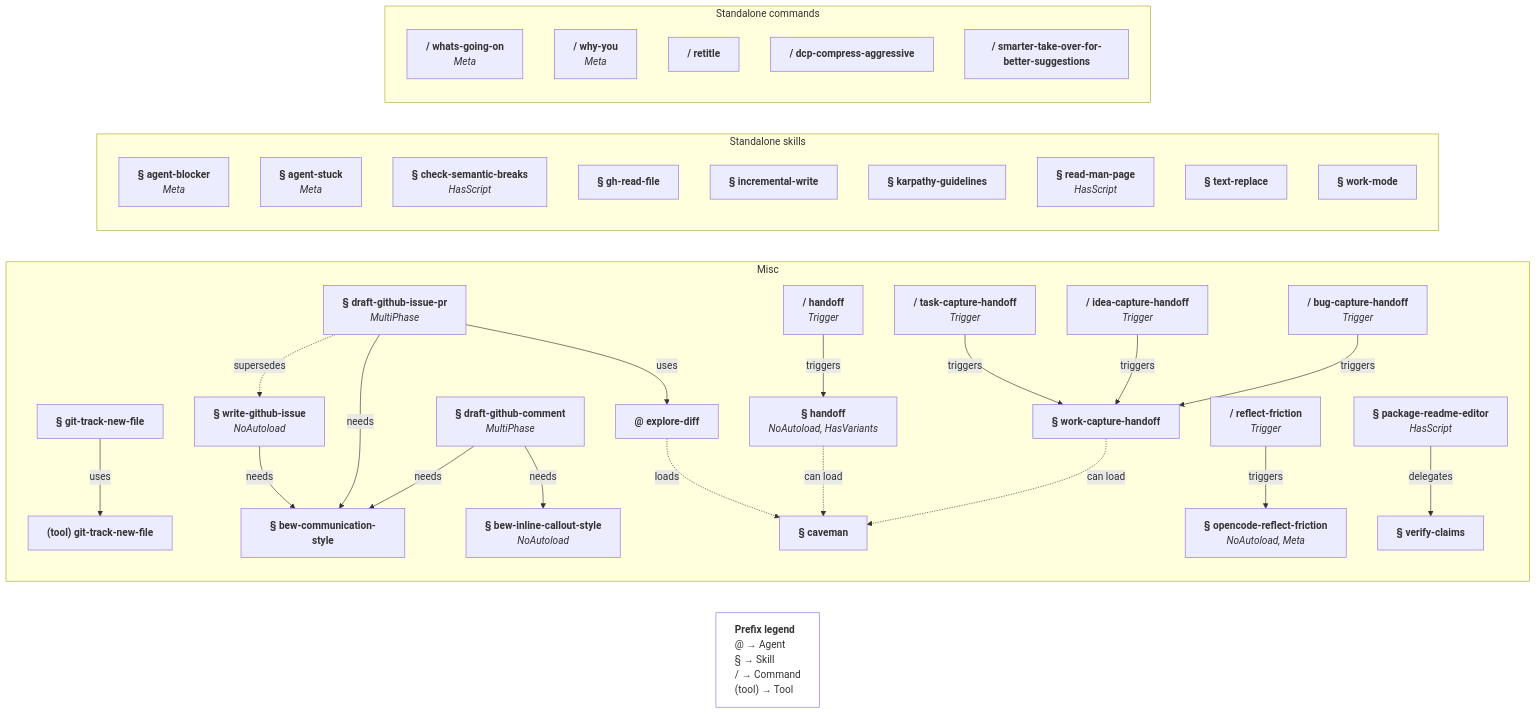
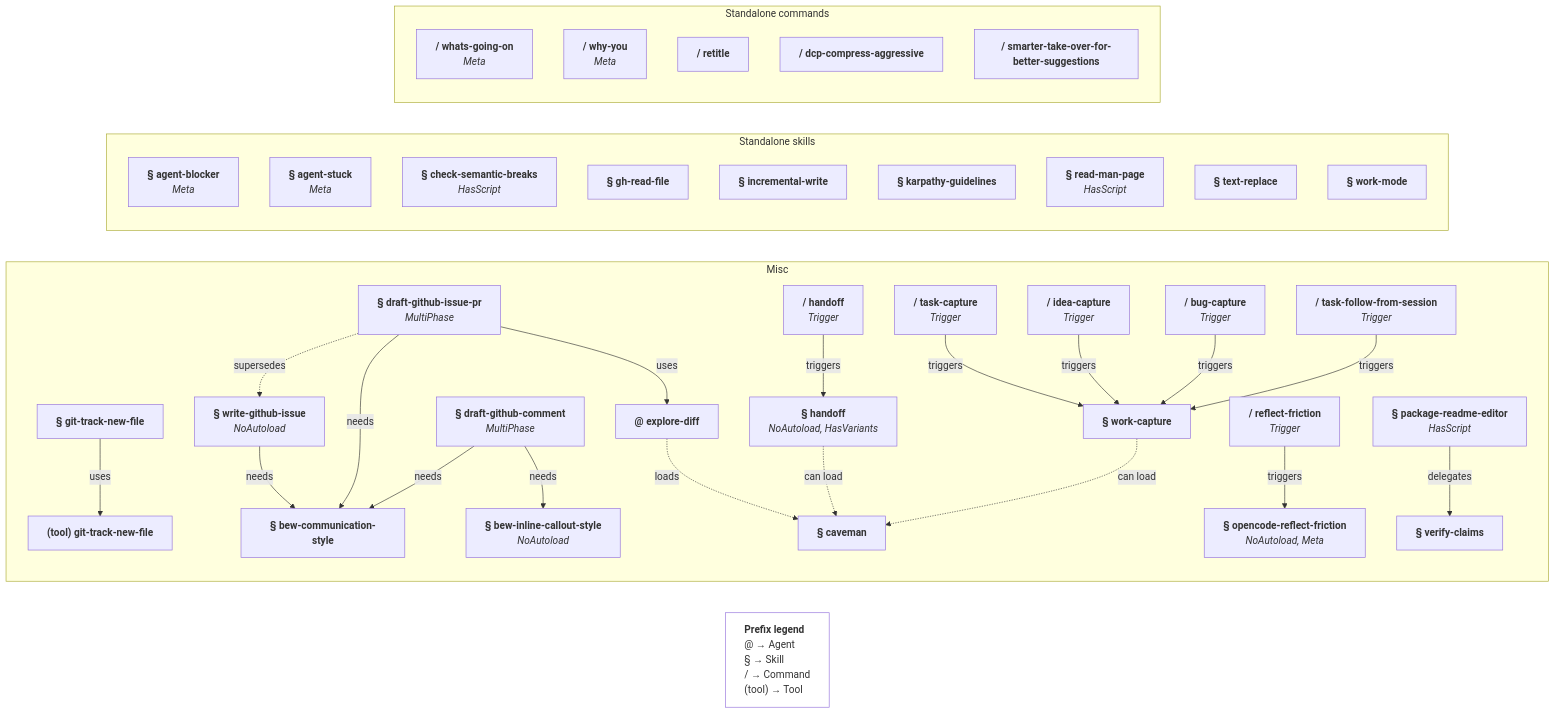
The second of 2 diagrams in opencode/MY_AI_STUFF.md (bew/dotfiles), drawn with Mermaid before and after one commit. The commit also changed other lines of this file and 13 other files, not shown here.

First line of the commit message:
oc(work-capture): Add optional follow mode / drop `-handoff` suffix

````diff
--- a/opencode/MY_AI_STUFF.md
+++ b/opencode/MY_AI_STUFF.md
@@ -117,64 +117,66 @@
 ```mermaid
 flowchart LR
   %% explore-diff is duplicated from the complex graph; it is not part of any group.
   ag_explore_diff["<b>@ explore-diff</b>"]
   legend["<b>Prefix legend</b><br/>@ → Agent<br/>§ → Skill<br/>/ → Command<br/>(tool) → Tool"]
   style legend text-align:left,fill:none
 
   subgraph misc[Misc]
     sk_handoff["<b>§ handoff</b><br/><i>NoAutoload, HasVariants</i>"]
-    sk_work_capture["<b>§ work-capture-handoff</b>"]
+    sk_work_capture["<b>§ work-capture</b>"]
     sk_git_track_skill["<b>§ git-track-new-file</b>"]
     tool_git_track["<b>(tool) git-track-new-file</b>"]
     sk_github_issue["<b>§ write-github-issue</b><br/><i>NoAutoload</i>"]
     sk_draft_gh["<b>§ draft-github-issue-pr</b><br/><i>MultiPhase</i>"]
     sk_draft_gh_comment["<b>§ draft-github-comment</b><br/><i>MultiPhase</i>"]
     sk_bew_comm_style["<b>§ bew-communication-style</b>"]
     sk_bew_callout["<b>§ bew-inline-callout-style</b><br/><i>NoAutoload</i>"]
     sk_cav["<b>§ caveman</b>"]
     sk_reflect_frict["<b>§ opencode-reflect-friction</b><br/><i>NoAutoload, Meta</i>"]
     cmd_handoff["<b>/ handoff</b><br/><i>Trigger</i>"]
     cmd_friction["<b>/ reflect-friction</b><br/><i>Trigger</i>"]
-    cmd_task_capture["<b>/ task-capture-handoff</b><br/><i>Trigger</i>"]
-    cmd_idea_capture["<b>/ idea-capture-handoff</b><br/><i>Trigger</i>"]
-    cmd_bug_capture["<b>/ bug-capture-handoff</b><br/><i>Trigger</i>"]
+    cmd_task_capture["<b>/ task-capture</b><br/><i>Trigger</i>"]
+    cmd_idea_capture["<b>/ idea-capture</b><br/><i>Trigger</i>"]
+    cmd_bug_capture["<b>/ bug-capture</b><br/><i>Trigger</i>"]
+    cmd_task_follow["<b>/ task-follow-from-session</b><br/><i>Trigger</i>"]
     sk_readme_editor["<b>§ package-readme-editor</b><br/><i>HasScript</i>"]
     sk_verify_claims["<b>§ verify-claims</b>"]
     sk_git_track_skill -->|uses| tool_git_track
     sk_github_issue -->|needs| sk_bew_comm_style
     sk_draft_gh -->|needs| sk_bew_comm_style
     sk_draft_gh -->|uses| ag_explore_diff
     sk_draft_gh_comment -->|needs| sk_bew_comm_style
     sk_draft_gh_comment -->|needs| sk_bew_callout
     sk_draft_gh -. supersedes .-> sk_github_issue
     ag_explore_diff -. loads .-> sk_cav
     sk_handoff -. can load .-> sk_cav
     sk_work_capture -. can load .-> sk_cav
     cmd_handoff -->|triggers| sk_handoff
     cmd_friction -->|triggers| sk_reflect_frict
     cmd_task_capture -->|triggers| sk_work_capture
     cmd_idea_capture -->|triggers| sk_work_capture
     cmd_bug_capture -->|triggers| sk_work_capture
+    cmd_task_follow -->|triggers| sk_work_capture
     sk_readme_editor -->|delegates| sk_verify_claims
   end
 
   subgraph otherskills[Standalone skills]
     sk_agent_blocker["<b>§ agent-blocker</b><br/><i>Meta</i>"]
     sk_agent_stuck["<b>§ agent-stuck</b><br/><i>Meta</i>"]
     sk_check_semantic_breaks["<b>§ check-semantic-breaks</b><br/><i>HasScript</i>"]
     sk_gh_read_file["<b>§ gh-read-file</b>"]
     sk_incremental_write["<b>§ incremental-write</b>"]
     sk_karpathy["<b>§ karpathy-guidelines</b>"]
     sk_read_man_page["<b>§ read-man-page</b><br/><i>HasScript</i>"]
     sk_text_replace["<b>§ text-replace</b>"]
     sk_work_mode["<b>§ work-mode</b>"]
   end
 
   subgraph othercmds[Standalone commands]
     cmd_whats_going_on["<b>/ whats-going-on</b><br/><i>Meta</i>"]
     cmd_why_you["<b>/ why-you</b><br/><i>Meta</i>"]
     cmd_retitle["<b>/ retitle</b>"]
     cmd_dcp_aggressive["<b>/ dcp-compress-aggressive</b>"]
     cmd_smarter_takeover["<b>/ smarter-take-over-for-better-suggestions</b>"]
   end
 ```
````
